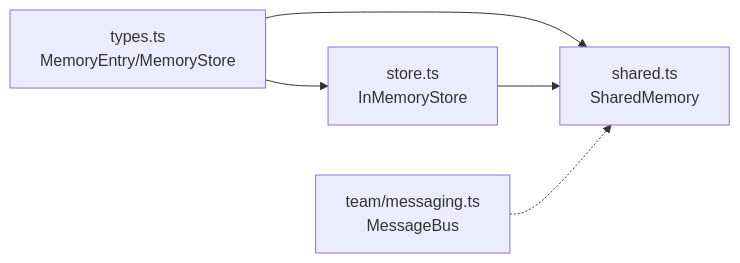
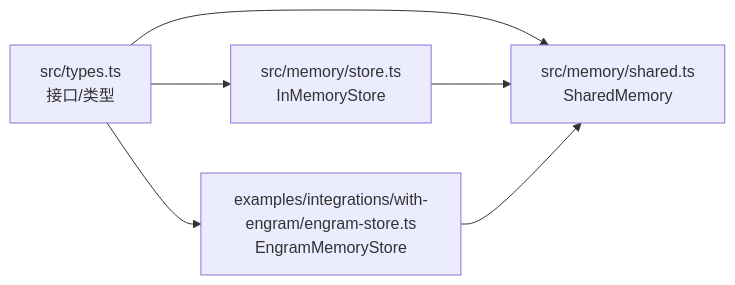
One commit to haolange/open-multi-agent changed the fourth of 4 diagrams in .qoder/repowiki/zh/content/内存管理.md. Above: the diagram before and after it, drawn with Mermaid. The commit also changed other lines of this file and 100 other files, not shown here.

````diff
--- a/.qoder/repowiki/zh/content/内存管理.md
+++ b/.qoder/repowiki/zh/content/内存管理.md
@@ -220,7 +272,8 @@
 ```mermaid
 graph LR
-Types["types.ts<br/>MemoryEntry/MemoryStore"] --> Store["store.ts<br/>InMemoryStore"]
-Types --> Shared["shared.ts<br/>SharedMemory"]
-Store --> Shared
-Messaging["team/messaging.ts<br/>MessageBus"] -.-> Shared
+Types["src/types.ts<br/>接口/类型"] --> Impl1["src/memory/store.ts<br/>InMemoryStore"]
+Types --> Impl2["examples/integrations/with-engram/engram-store.ts<br/>EngramMemoryStore"]
+Types --> SM["src/memory/shared.ts<br/>SharedMemory"]
+Impl1 --> SM
+Impl2 --> SM
 ```
````
